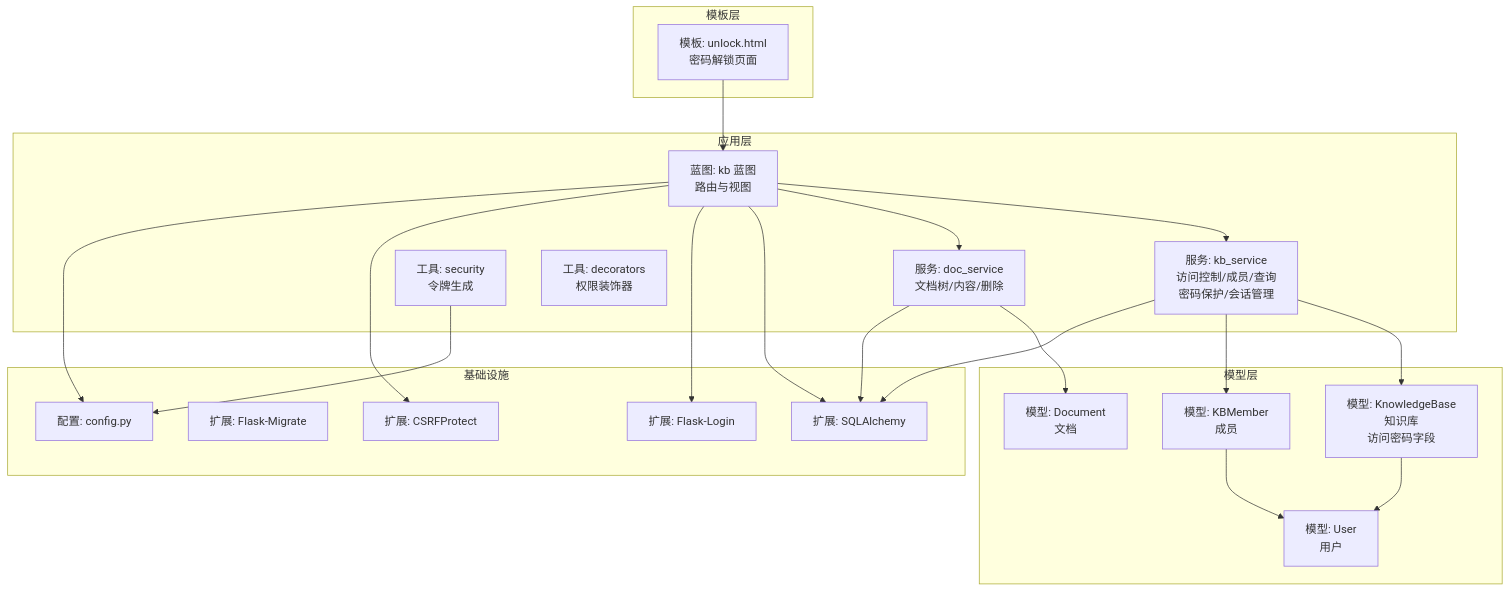
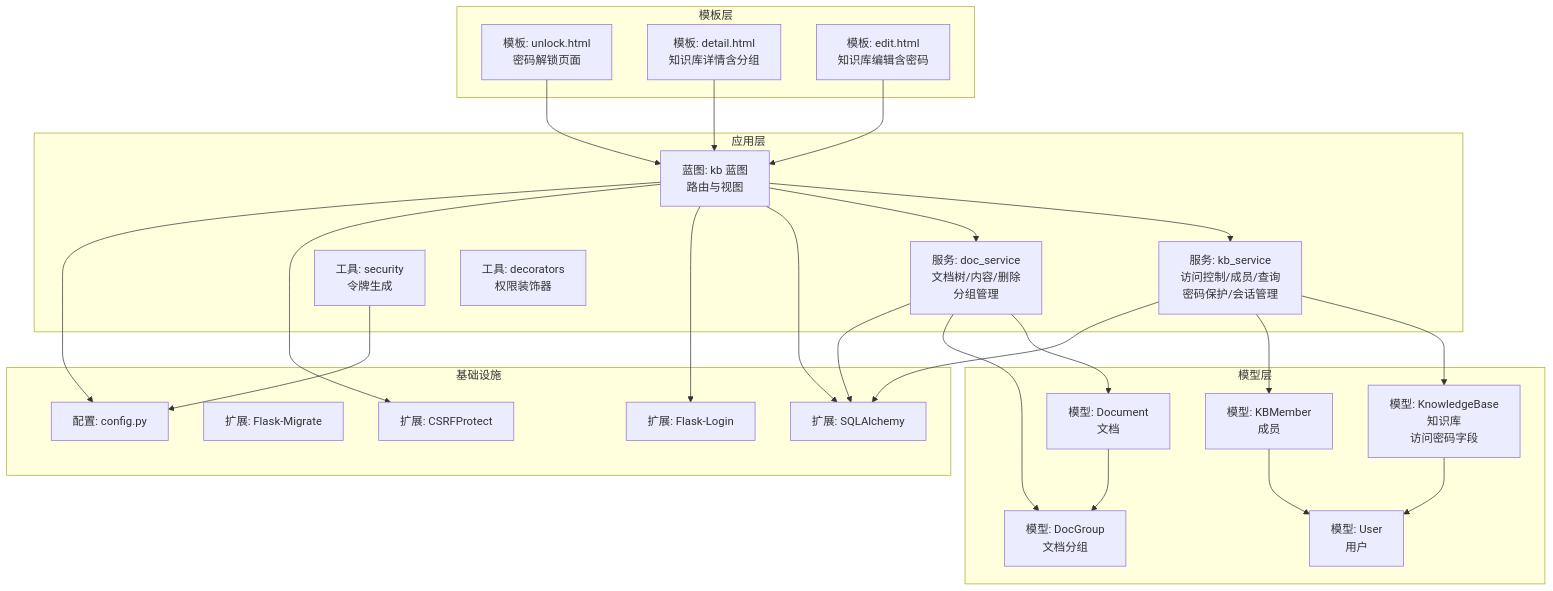
Before and after one commit to beyondalbert/my_wiki: the first of 9 diagrams in .qoder/repowiki/zh/content/架构设计/蓝图系统设计/知识库蓝图 (Knowledge Base Blueprint).md, drawn with Mermaid. The commit also changed other lines of this file and 5 other files, not shown here.

````diff
--- a/.qoder/repowiki/zh/content/架构设计/蓝图系统设计/知识库蓝图 (Knowledge Base Blueprint).md
+++ b/.qoder/repowiki/zh/content/架构设计/蓝图系统设计/知识库蓝图 (Knowledge Base Blueprint).md
@@ -48,41 +52,48 @@
 ```mermaid
 graph TB
 subgraph "应用层"
 BP["蓝图: kb 蓝图<br/>路由与视图"]
 SVC_KB["服务: kb_service<br/>访问控制/成员/查询<br/>密码保护/会话管理"]
-SVC_DOC["服务: doc_service<br/>文档树/内容/删除"]
+SVC_DOC["服务: doc_service<br/>文档树/内容/删除<br/>分组管理"]
 UTIL_SEC["工具: security<br/>令牌生成"]
 UTIL_DEC["工具: decorators<br/>权限装饰器"]
 end
 subgraph "模型层"
 M_KB["模型: KnowledgeBase<br/>知识库<br/>访问密码字段"]
 M_KBM["模型: KBMember<br/>成员"]
 M_DOC["模型: Document<br/>文档"]
+M_DOCGRP["模型: DocGroup<br/>文档分组"]
 M_USER["模型: User<br/>用户"]
 end
 subgraph "基础设施"
 EXT_DB["扩展: SQLAlchemy"]
 EXT_MIG["扩展: Flask-Migrate"]
 EXT_LOGIN["扩展: Flask-Login"]
 EXT_CSRF["扩展: CSRFProtect"]
 CFG["配置: config.py"]
 end
 subgraph "模板层"
 TPL_UNLOCK["模板: unlock.html<br/>密码解锁页面"]
+TPL_DETAIL["模板: detail.html<br/>知识库详情含分组"]
+TPL_EDIT["模板: edit.html<br/>知识库编辑含密码"]
 end
 BP --> SVC_KB
 BP --> SVC_DOC
 SVC_KB --> M_KB
 SVC_KB --> M_KBM
 SVC_DOC --> M_DOC
+SVC_DOC --> M_DOCGRP
 M_KB --> M_USER
 M_KBM --> M_USER
+M_DOC --> M_DOCGRP
 BP --> EXT_DB
 SVC_KB --> EXT_DB
 SVC_DOC --> EXT_DB
 BP --> EXT_LOGIN
 BP --> EXT_CSRF
 BP --> CFG
 UTIL_SEC --> CFG
 TPL_UNLOCK --> BP
+TPL_DETAIL --> BP
+TPL_EDIT --> BP
 ```
````
